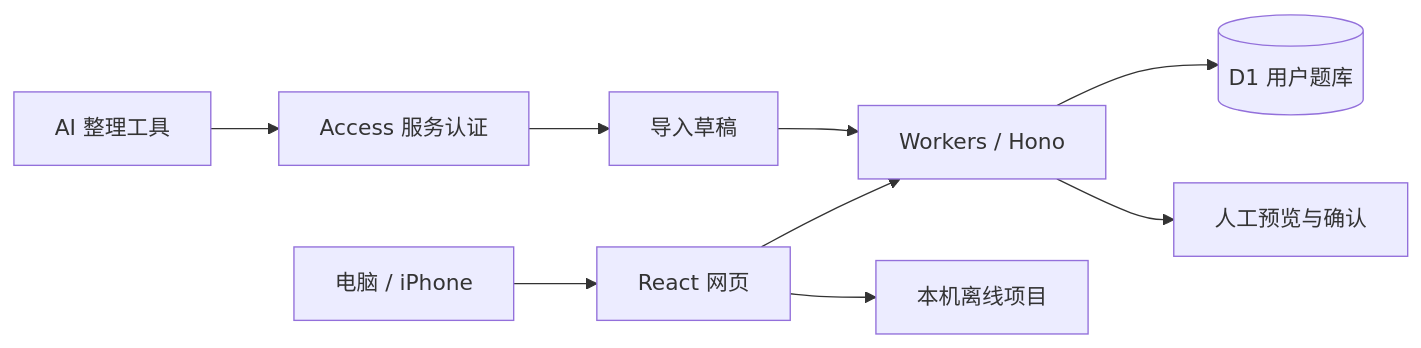
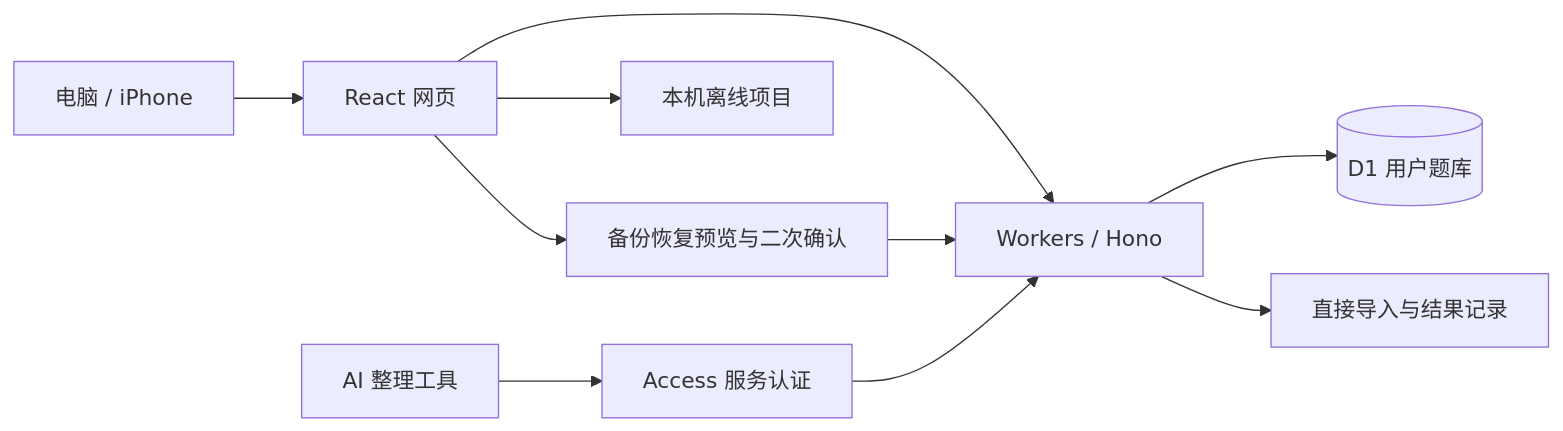
The diagram in README.md (Wahuwahuuu/interview-knowledge-cards), drawn with Mermaid before and after one commit. The commit also changed other lines of this file and 26 other files, not shown here.

````diff
--- a/README.md
+++ b/README.md
@@ -119,11 +119,12 @@
 ```mermaid
 flowchart LR
   Human[电脑 / iPhone] --> App[React 网页]
   App --> Worker[Workers / Hono]
   Worker --> D1[(D1 用户题库)]
   App --> Offline[本机离线项目]
   AI[AI 整理工具] --> Access[Access 服务认证]
-  Access --> Draft[导入草稿]
-  Draft --> Worker
-  Worker --> Review[人工预览与确认]
+  Access --> Worker
+  Worker --> Result[直接导入与结果记录]
+  App --> Restore[备份恢复预览与二次确认]
+  Restore --> Worker
 ```
````
